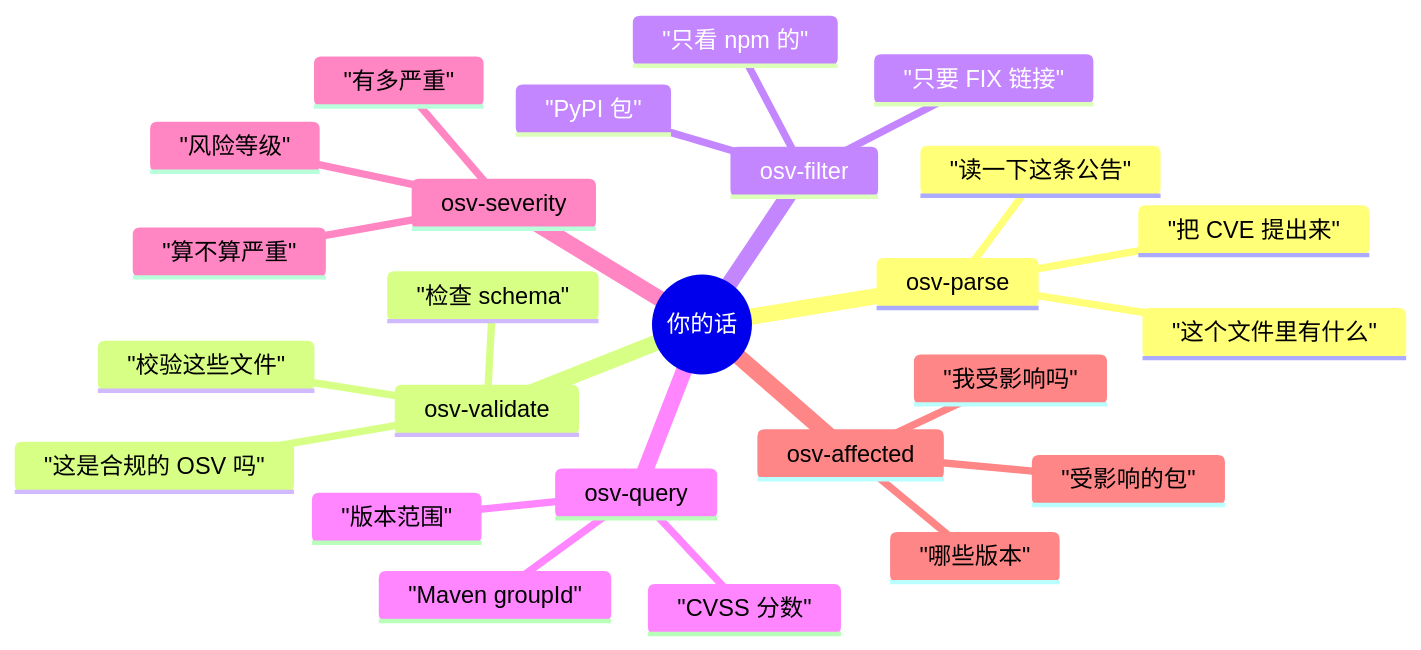
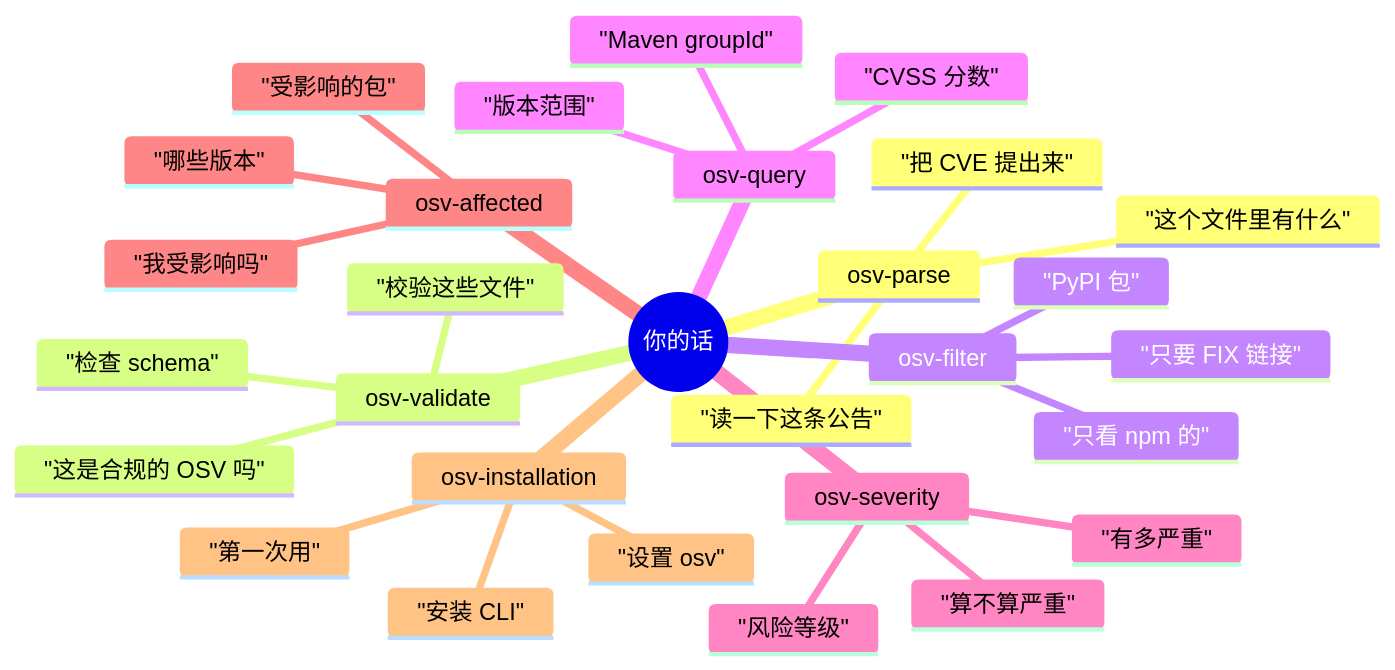
The first of 5 diagrams in website/zh/guide/skills.md (scagogogo/osv-schema-skills), drawn with Mermaid before and after one commit. The commit also changed 1 other file, not shown here.

Commit message:
docs(website): add osv-installation trigger phrases to skills mindmap (EN+ZH)
The trigger-phrase mindmap listed all 6 data skills but omitted
osv-installation, leaving the 7th skill without any routing examples
even though the table above includes it. Added 3 installation trigger
phrases for parity.

````diff
--- a/website/zh/guide/skills.md
+++ b/website/zh/guide/skills.md
@@ -23,28 +23,32 @@
 ```mermaid
 mindmap
   root((你的话))
     osv-parse
       "读一下这条公告"
       "这个文件里有什么"
       "把 CVE 提出来"
     osv-validate
       "这是合规的 OSV 吗"
       "检查 schema"
       "校验这些文件"
     osv-filter
       "只看 npm 的"
       "PyPI 包"
       "只要 FIX 链接"
     osv-query
       "CVSS 分数"
       "Maven groupId"
       "版本范围"
     osv-severity
       "有多严重"
       "风险等级"
       "算不算严重"
     osv-affected
       "哪些版本"
       "我受影响吗"
       "受影响的包"
+    osv-installation
+      "安装 CLI"
+      "设置 osv"
+      "第一次用"
 ```
````
